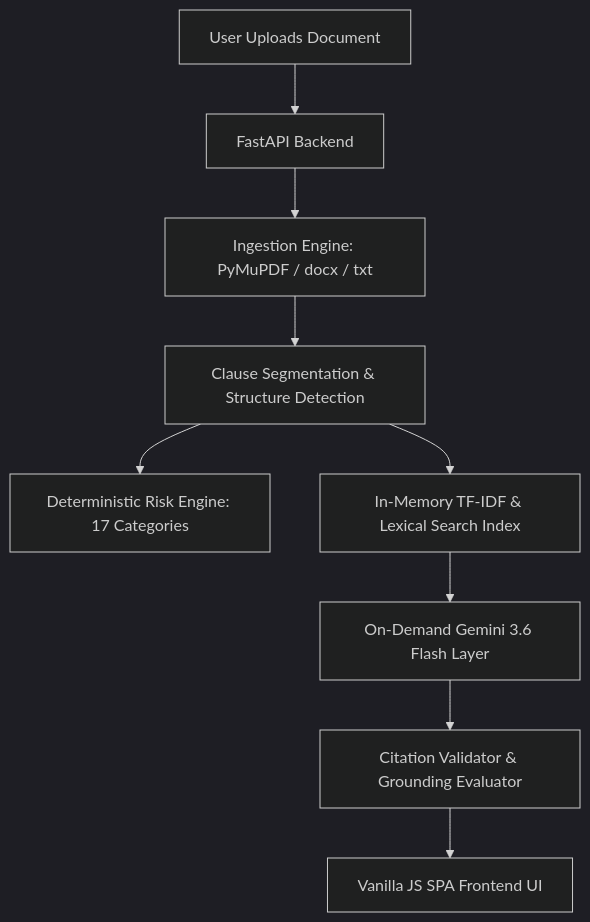
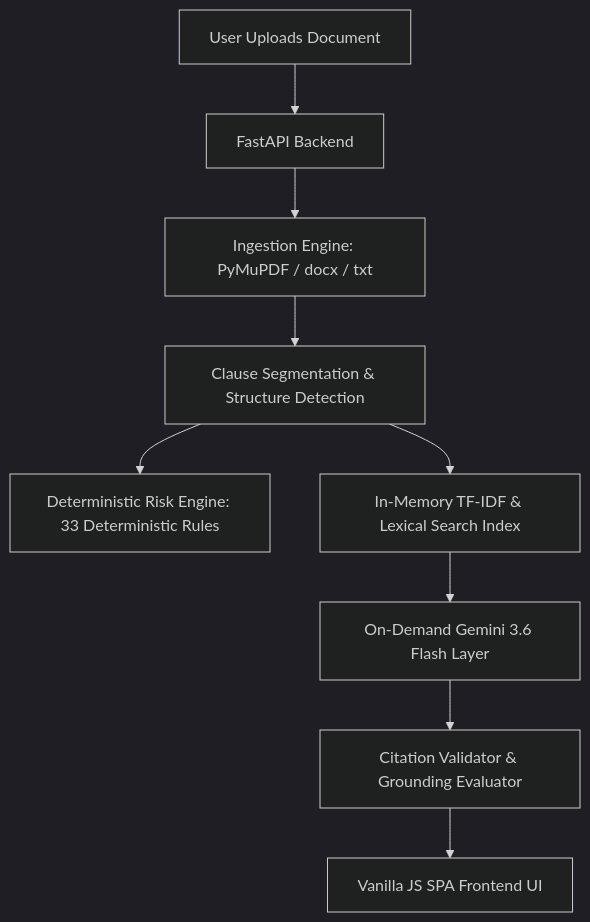
One commit to Sampreeth-sv/LexiGuard changed the diagram in README.md. Above: the diagram before and after it, drawn with Mermaid (dark theme). The commit also changed other lines of this file and 1 other file, not shown here.

Commit message:
Update risk analysis and documentation

````diff
--- a/README.md
+++ b/README.md
@@ -45,11 +45,11 @@
 ```mermaid
 graph TD
     A[User Uploads Document] --> B[FastAPI Backend]
     B --> C[Ingestion Engine: PyMuPDF / docx / txt]
     C --> D[Clause Segmentation & Structure Detection]
-    D --> E[Deterministic Risk Engine: 17 Categories]
+    D --> E[Deterministic Risk Engine: 33 Deterministic Rules]
     D --> F[In-Memory TF-IDF & Lexical Search Index]
     F --> G[On-Demand Gemini 3.6 Flash Layer]
     G --> H[Citation Validator & Grounding Evaluator]
     H --> I[Vanilla JS SPA Frontend UI]
 ```
````
